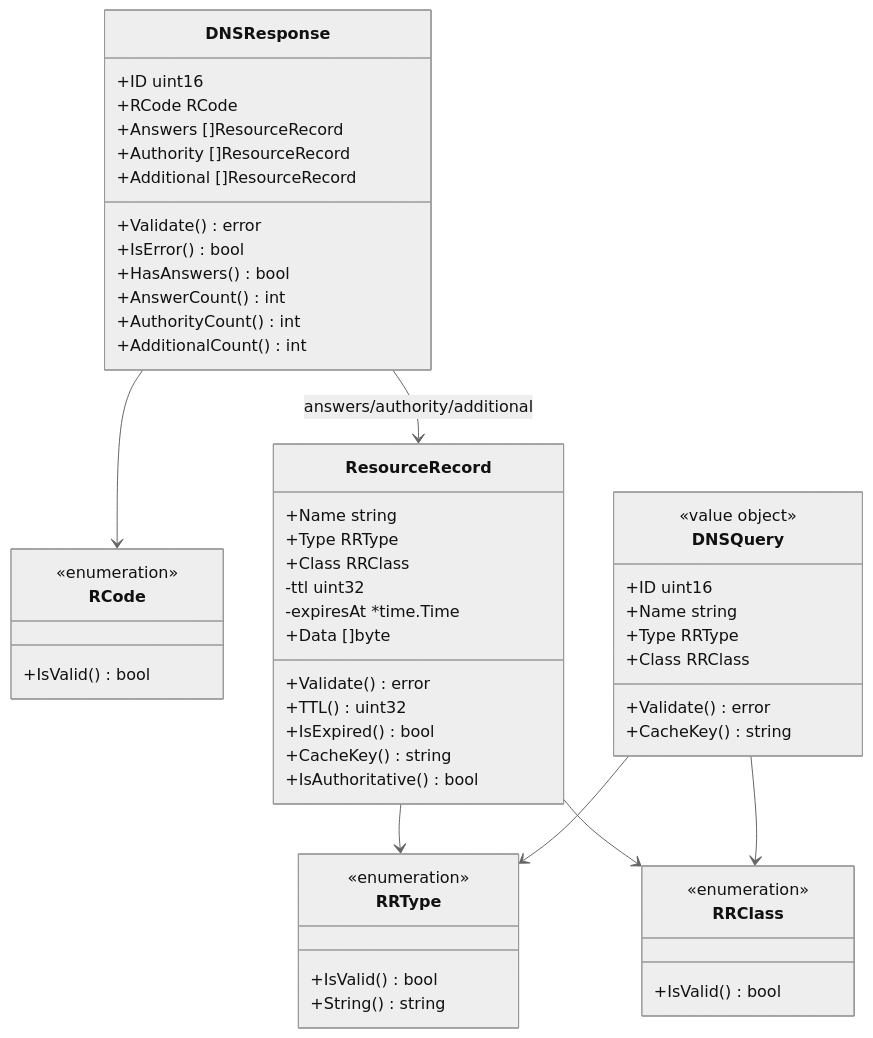
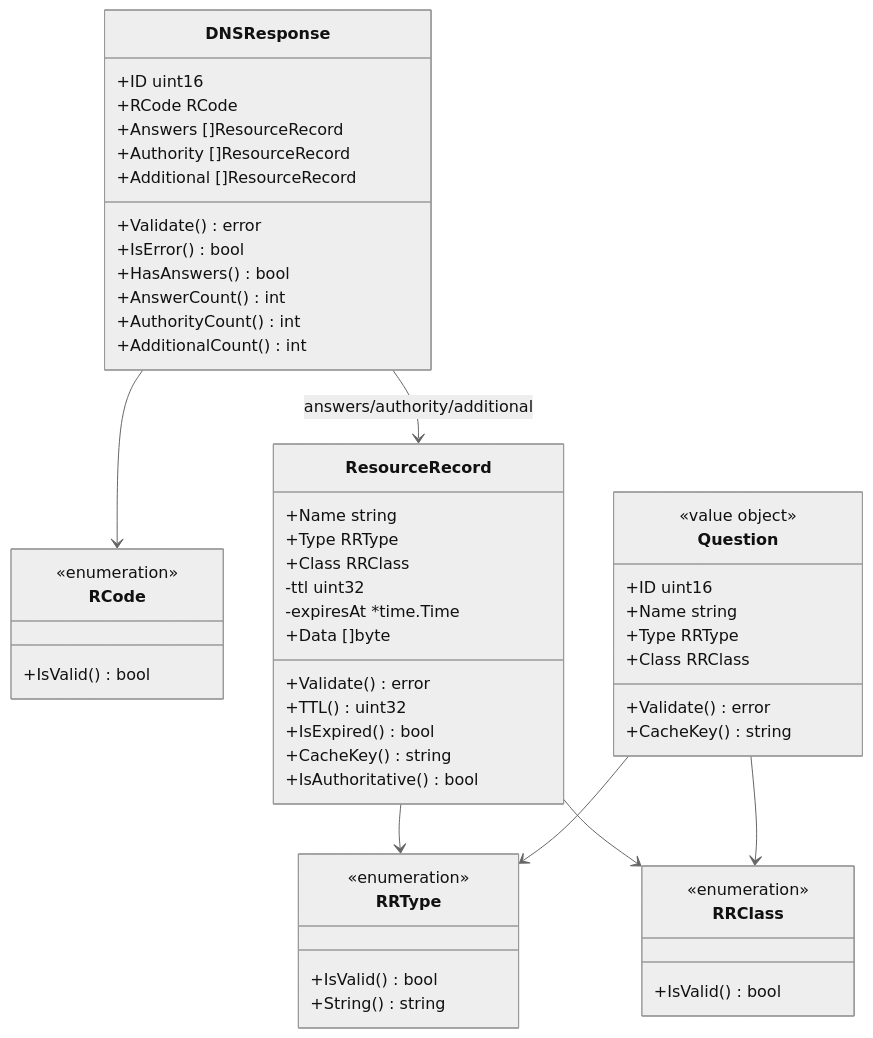
One commit to haukened/rr-dns changed the first of 2 diagrams in internal/dns/domain/README.md. Above: the diagram before and after it, drawn with Mermaid (neutral theme). The commit also changed other lines of this file, not shown here.

Commit message:
refactor: rename DNSQuery to Question in documentation and code examples

````diff
--- a/internal/dns/domain/README.md
+++ b/internal/dns/domain/README.md
@@ -325,64 +323,64 @@
 ```mermaid
 classDiagram
     class RRType {
       <<enumeration>>
       +IsValid() bool
       +String() string
     }
 
     class RRClass {
       <<enumeration>>
       +IsValid() bool
     }
 
     class RCode {
       <<enumeration>>
       +IsValid() bool
     }
 
-    class DNSQuery {
+  class Question {
         <<value object>>
         +ID uint16
         +Name string
         +Type RRType
         +Class RRClass
         +Validate() error
         +CacheKey() string
     }
 
     class ResourceRecord {
         +Name string
         +Type RRType
         +Class RRClass
         -ttl uint32
         -expiresAt *time.Time
         +Data []byte
         +Validate() error
         +TTL() uint32
         +IsExpired() bool
         +CacheKey() string
         +IsAuthoritative() bool
     }
 
-    class DNSResponse {
+  class DNSResponse {
         +ID uint16
         +RCode RCode
-        +Answers []ResourceRecord
+    +Answers []ResourceRecord
         +Authority []ResourceRecord
         +Additional []ResourceRecord
         +Validate() error
         +IsError() bool
         +HasAnswers() bool
         +AnswerCount() int
         +AuthorityCount() int
         +AdditionalCount() int
     }
 
     %% Associations
-    DNSResponse --> RCode
-    DNSResponse --> ResourceRecord : answers/authority/additional
+  DNSResponse --> RCode
+  DNSResponse --> ResourceRecord : answers/authority/additional
     ResourceRecord --> RRType
     ResourceRecord --> RRClass
-    DNSQuery --> RRType
-    DNSQuery --> RRClass
+  Question --> RRType
+  Question --> RRClass
 ```
````
